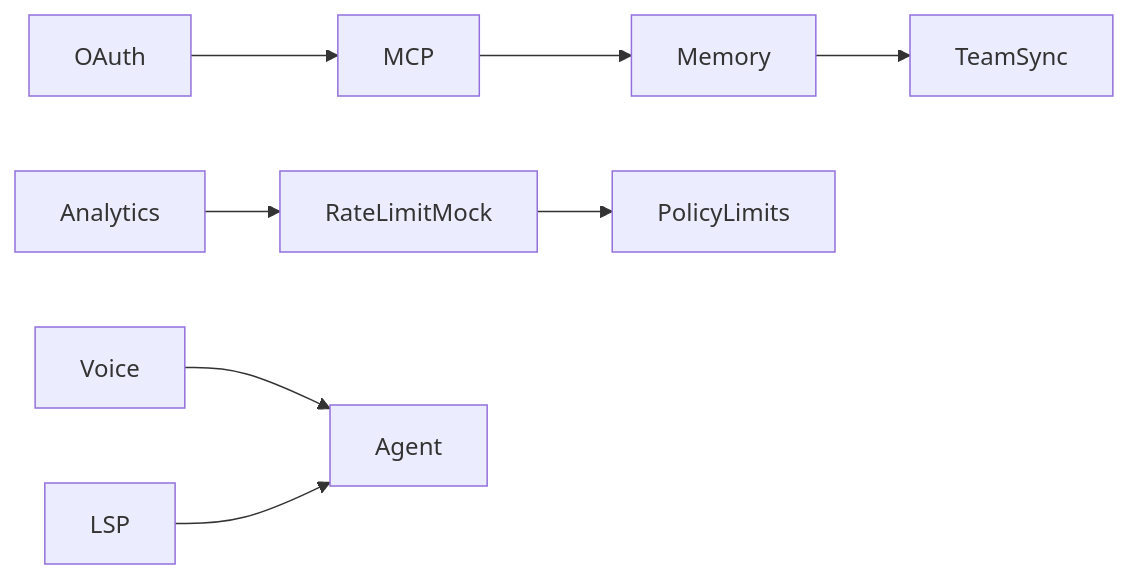
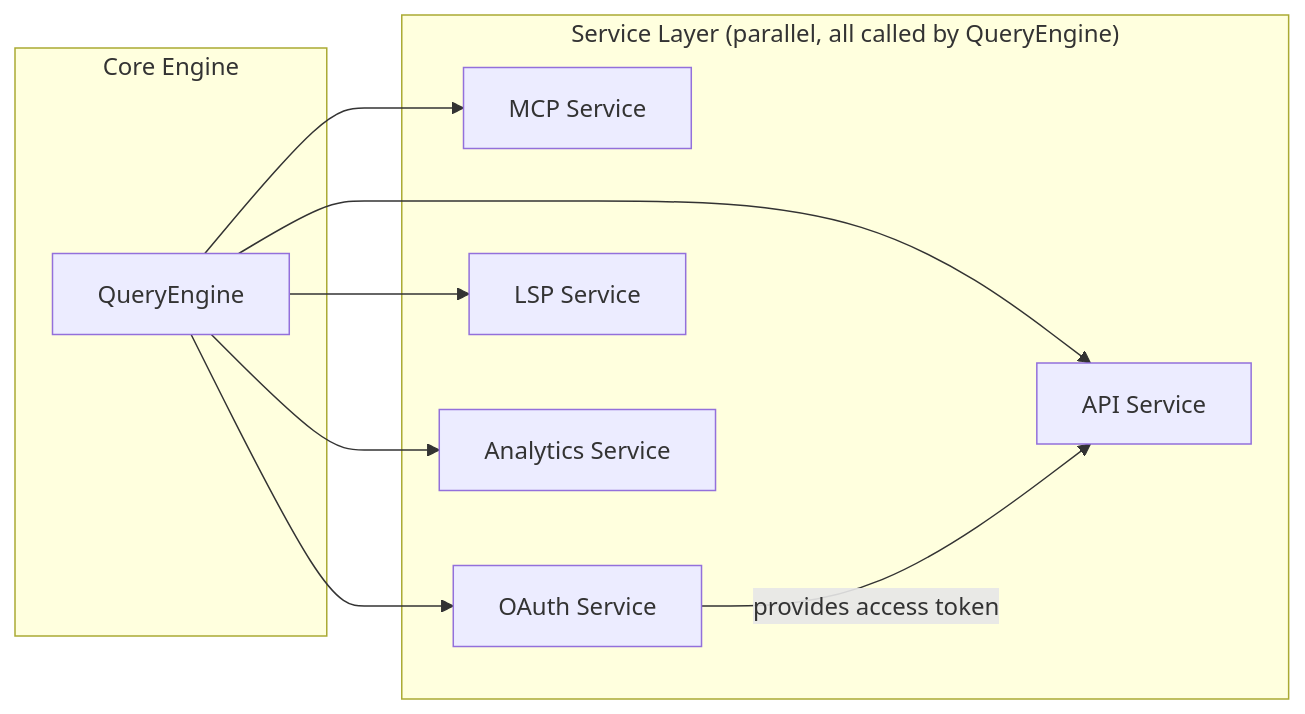
One commit to niuma996/claude-code-sourcemap-wiki changed the second of 2 diagrams in .nium-wiki/wiki_en/services/_index.md. Above: the diagram before and after it, drawn with Mermaid. The commit also changed other lines of this file and 1976 other files, not shown here.

````diff
--- a/.nium-wiki/wiki_en/services/_index.md
+++ b/.nium-wiki/wiki_en/services/_index.md
@@ -55,10 +126,19 @@
 ```mermaid
 flowchart LR
-    OAuth["OAuth"] --> MCP["MCP"]
-    MCP --> Memory["Memory"]
-    Memory --> TeamSync["TeamSync"]
-    Analytics --> RateLimit["RateLimitMock"]
-    RateLimit --> Policy["PolicyLimits"]
-    Voice --> Agent["Agent"]
-    LSP --> Agent
+    subgraph Core["Core Engine"]
+        Query["QueryEngine"]
+    end
+    subgraph Services["Service Layer (parallel, all called by QueryEngine)"]
+        API["API Service"]
+        MCP["MCP Service"]
+        OAuth["OAuth Service"]
+        LSP["LSP Service"]
+        Analytics["Analytics Service"]
+    end
+    Query --> API
+    Query --> MCP
+    Query --> OAuth
+    Query --> LSP
+    Query --> Analytics
+    OAuth -->|"provides access token"| API
 ```
````
